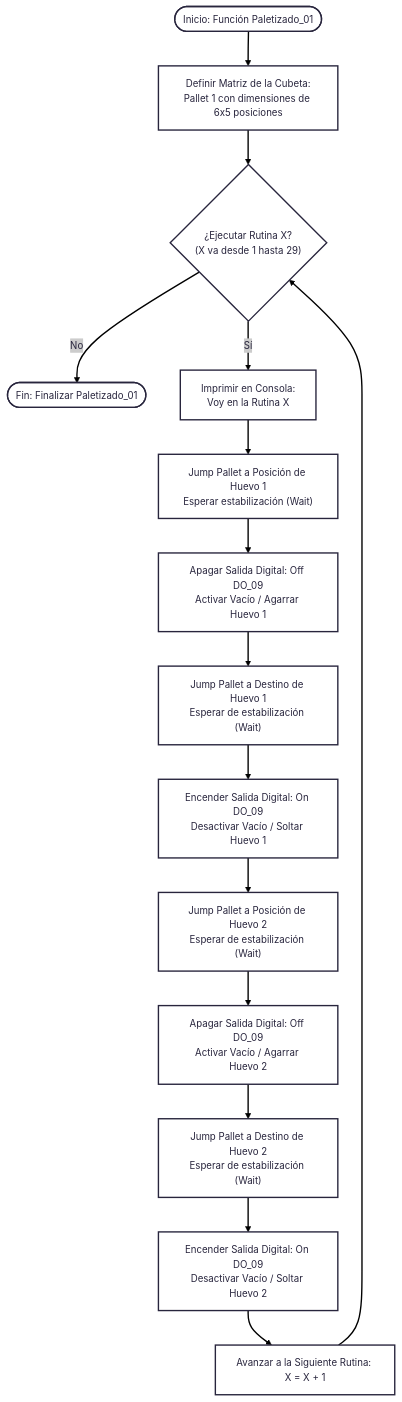
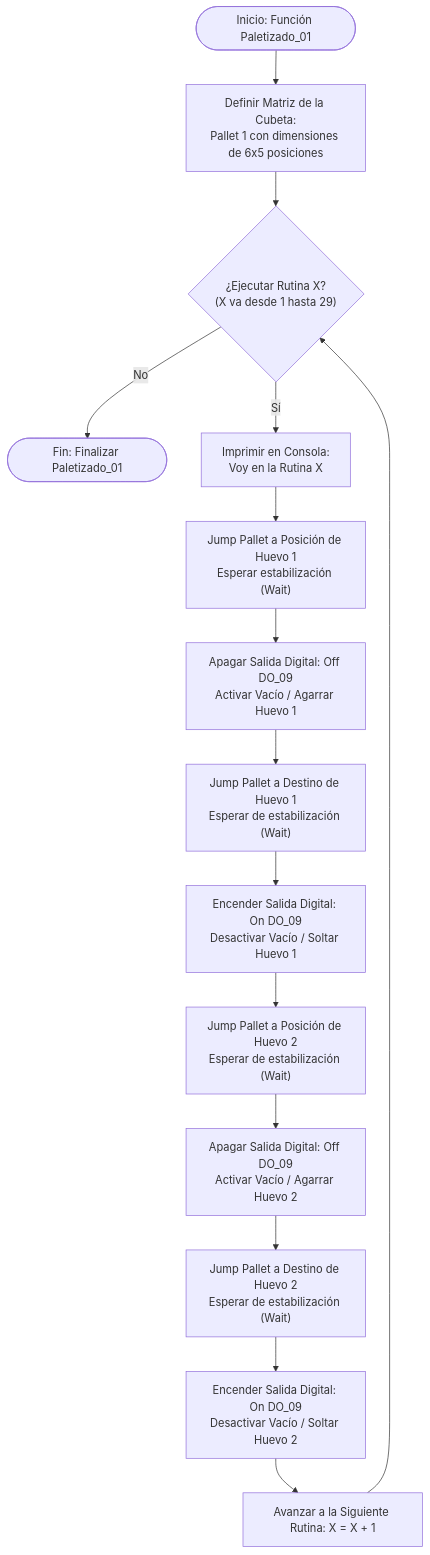
Before and after one commit to labsir-un/Robotica-2026-I-Equipo-3C-Moreno-Ramos: the second of 2 diagrams in Laboratorio No. 03 - Robótica Industrial EPSON T3 401S y EPSON RC+/README.MD, drawn with Mermaid.

````diff
--- a/Laboratorio No. 03 - Robótica Industrial EPSON T3 401S y EPSON RC+/README.MD
+++ b/Laboratorio No. 03 - Robótica Industrial EPSON T3 401S y EPSON RC+/README.MD
@@ -229,22 +229,18 @@
 ```mermaid
----
-config:
-  layout: fixed
-  theme: redux
----
+
 flowchart TB
     Start(["Inicio: Función Paletizado_01"]) --> DefPallet["Definir Matriz de la Cubeta:<br>Pallet 1 con dimensiones de 6x5 posiciones"]
     DefPallet --> RoutineLoop{"¿Ejecutar Rutina X?<br>(X va desde 1 hasta 29)"}
     RoutineLoop -- No --> EndRoutine(["Fin: Finalizar Paletizado_01"])
     RoutineLoop -- Sí --> PrintMsg["Imprimir en Consola:<br>Voy en la Rutina X"]
     PrintMsg --> PickH1["Jump Pallet a Posición de Huevo 1<br>Esperar estabilización (Wait)"]
     PickH1 --> GrabH1["Apagar Salida Digital: Off DO_09<br>Activar Vacío / Agarrar Huevo 1"]
     GrabH1 --> DropH1["Jump Pallet a Destino de Huevo 1<br>Esperar de estabilización (Wait)"]
     DropH1 --> ReleaseH1["Encender Salida Digital: On DO_09<br>Desactivar Vacío / Soltar Huevo 1"]
     ReleaseH1 --> PickH2["Jump Pallet a Posición de Huevo 2<br>Esperar de estabilización (Wait)"]
     PickH2 --> GrabH2["Apagar Salida Digital: Off DO_09<br>Activar Vacío / Agarrar Huevo 2"]
     GrabH2 --> DropH2["Jump Pallet a Destino de Huevo 2<br>Esperar de estabilización (Wait)"]
     DropH2 --> ReleaseH2["Encender Salida Digital: On DO_09<br>Desactivar Vacío / Soltar Huevo 2"]
     ReleaseH2 --> NextRoutine["Avanzar a la Siguiente Rutina: X = X + 1"]
     NextRoutine --> RoutineLoop
 ```
````
